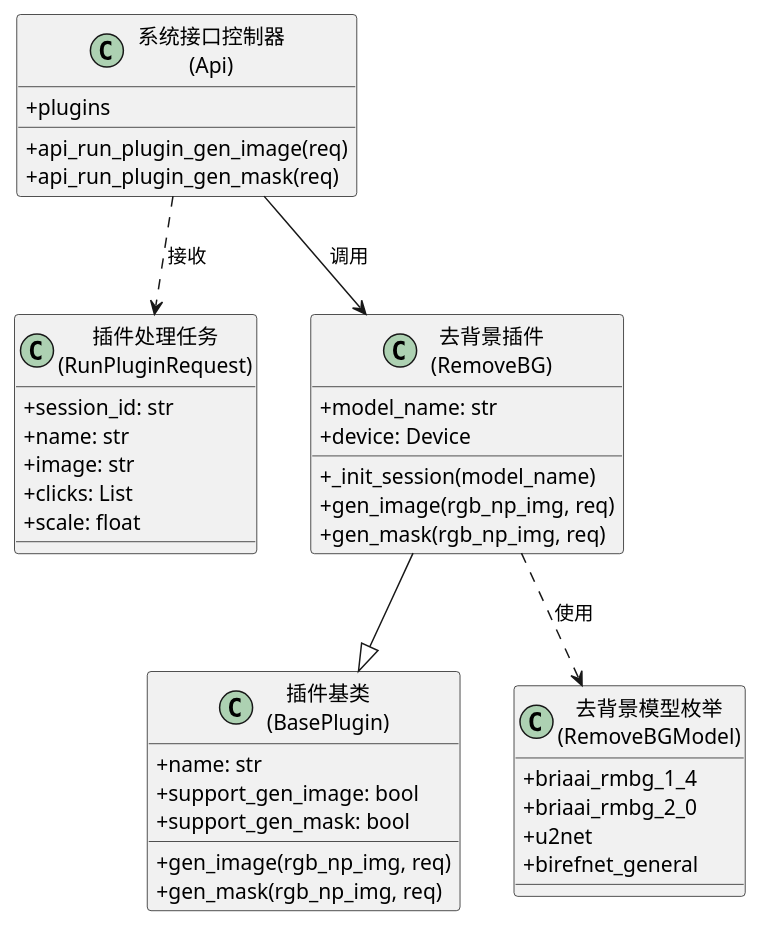
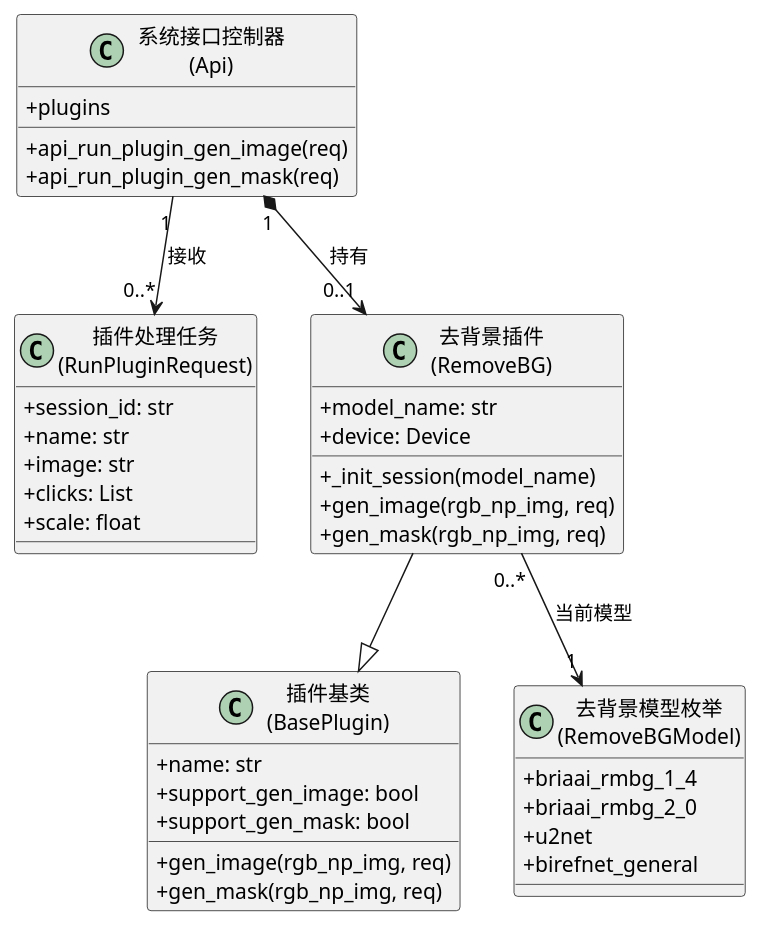
Diagram 12 of 26 in doc/paper.md (LyferLu/Artie), drawn with PlantUML before and after one commit. The commit also changed other lines of this file, not shown here.

````diff
--- a/doc/paper.md
+++ b/doc/paper.md
@@ -1093,47 +1093,47 @@
 ```plantuml
 @startuml
 skinparam classAttributeIconSize 0
 
 class "系统接口控制器\n(Api)" as Api {
   +plugins
   +api_run_plugin_gen_image(req)
   +api_run_plugin_gen_mask(req)
 }
 
 class "插件处理任务\n(RunPluginRequest)" as RunPluginRequest {
   +session_id: str
   +name: str
   +image: str
   +clicks: List
   +scale: float
 }
 
 class "插件基类\n(BasePlugin)" as BasePlugin {
   +name: str
   +support_gen_image: bool
   +support_gen_mask: bool
   +gen_image(rgb_np_img, req)
   +gen_mask(rgb_np_img, req)
 }
 
 class "去背景插件\n(RemoveBG)" as RemoveBG {
   +model_name: str
   +device: Device
   +_init_session(model_name)
   +gen_image(rgb_np_img, req)
   +gen_mask(rgb_np_img, req)
 }
 
 class "去背景模型枚举\n(RemoveBGModel)" as RemoveBGModel {
   +briaai_rmbg_1_4
   +briaai_rmbg_2_0
   +u2net
   +birefnet_general
 }
 
-Api ..> RunPluginRequest : 接收
-Api --> RemoveBG : 调用
+Api "1" --> "0..*" RunPluginRequest : 接收
+Api "1" *--> "0..1" RemoveBG : 持有
 RemoveBG --|> BasePlugin
-RemoveBG ..> RemoveBGModel : 使用
+RemoveBG "0..*" --> "1" RemoveBGModel : 当前模型
 @enduml
 ```
````
